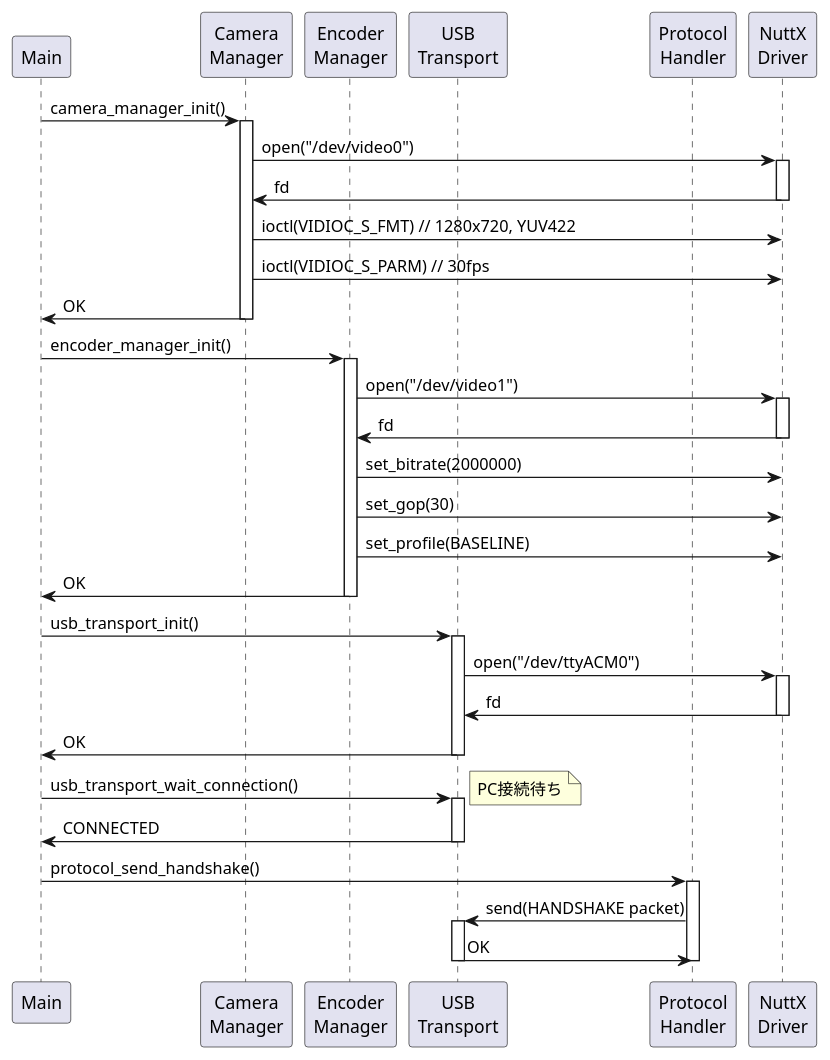
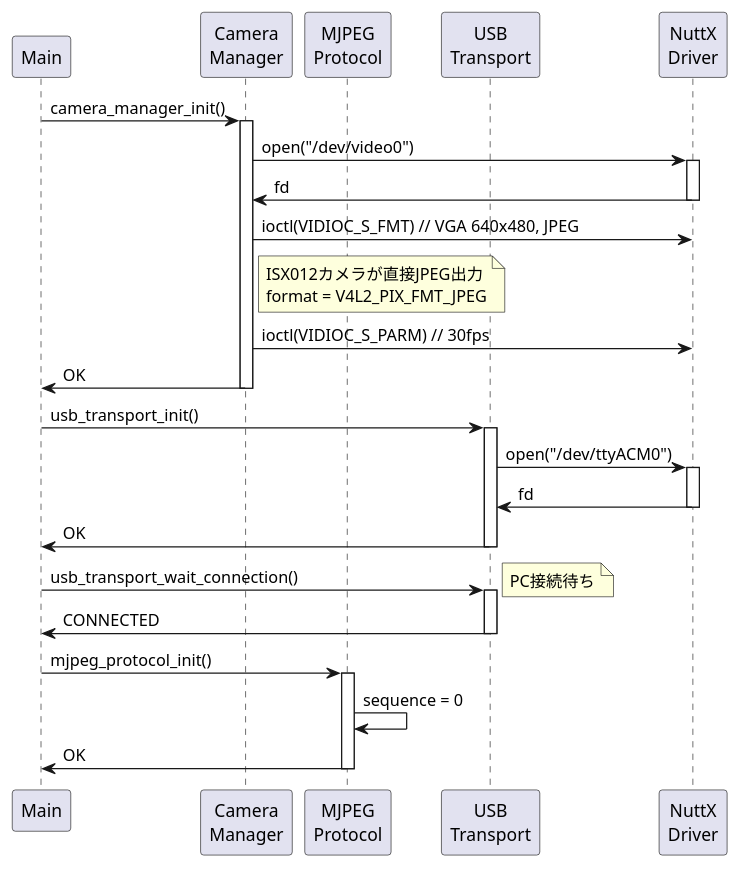
Before and after one commit to ken11111/Spr_wk: the fourth of 7 diagrams in docs/security_camera/01_specifications/05_SOFTWARE_SPEC_SPRESENSE.md, drawn with PlantUML. The commit also changed other lines of this file and 2 other files, not shown here.

````diff
--- a/docs/security_camera/01_specifications/05_SOFTWARE_SPEC_SPRESENSE.md
+++ b/docs/security_camera/01_specifications/05_SOFTWARE_SPEC_SPRESENSE.md
@@ -337,57 +290,46 @@
 ```plantuml
 @startuml
 participant "Main" as MAIN
 participant "Camera\nManager" as CAM
-participant "Encoder\nManager" as ENC
+participant "MJPEG\nProtocol" as PROTO
 participant "USB\nTransport" as USB
-participant "Protocol\nHandler" as PROTO
 participant "NuttX\nDriver" as DRV
 
 MAIN -> CAM : camera_manager_init()
 activate CAM
 CAM -> DRV : open("/dev/video0")
 activate DRV
 DRV -> CAM : fd
 deactivate DRV
-CAM -> DRV : ioctl(VIDIOC_S_FMT) // 1280x720, YUV422
+CAM -> DRV : ioctl(VIDIOC_S_FMT) // VGA 640x480, JPEG
+note right of CAM
+  ISX012カメラが直接JPEG出力
+  format = V4L2_PIX_FMT_JPEG
+end note
 CAM -> DRV : ioctl(VIDIOC_S_PARM) // 30fps
 CAM -> MAIN : OK
 deactivate CAM
-
-MAIN -> ENC : encoder_manager_init()
-activate ENC
-ENC -> DRV : open("/dev/video1")
-activate DRV
-DRV -> ENC : fd
-deactivate DRV
-ENC -> DRV : set_bitrate(2000000)
-ENC -> DRV : set_gop(30)
-ENC -> DRV : set_profile(BASELINE)
-ENC -> MAIN : OK
-deactivate ENC
 
 MAIN -> USB : usb_transport_init()
 activate USB
 USB -> DRV : open("/dev/ttyACM0")
 activate DRV
 DRV -> USB : fd
 deactivate DRV
 USB -> MAIN : OK
 deactivate USB
 
 MAIN -> USB : usb_transport_wait_connection()
 activate USB
 note right: PC接続待ち
 USB -> MAIN : CONNECTED
 deactivate USB
 
-MAIN -> PROTO : protocol_send_handshake()
+MAIN -> PROTO : mjpeg_protocol_init()
 activate PROTO
-PROTO -> USB : send(HANDSHAKE packet)
-activate USB
-USB -> PROTO : OK
-deactivate USB
+PROTO -> PROTO : sequence = 0
+PROTO -> MAIN : OK
 deactivate PROTO
 
 @enduml
 ```
````
